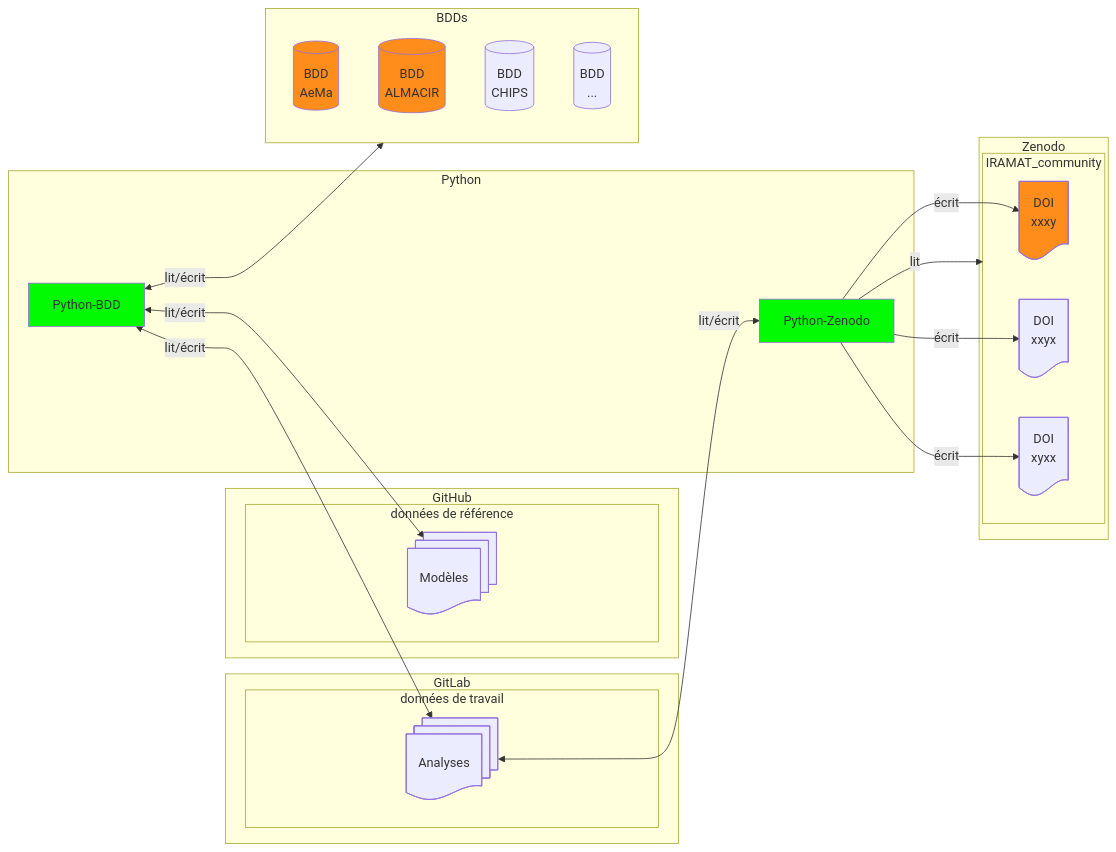
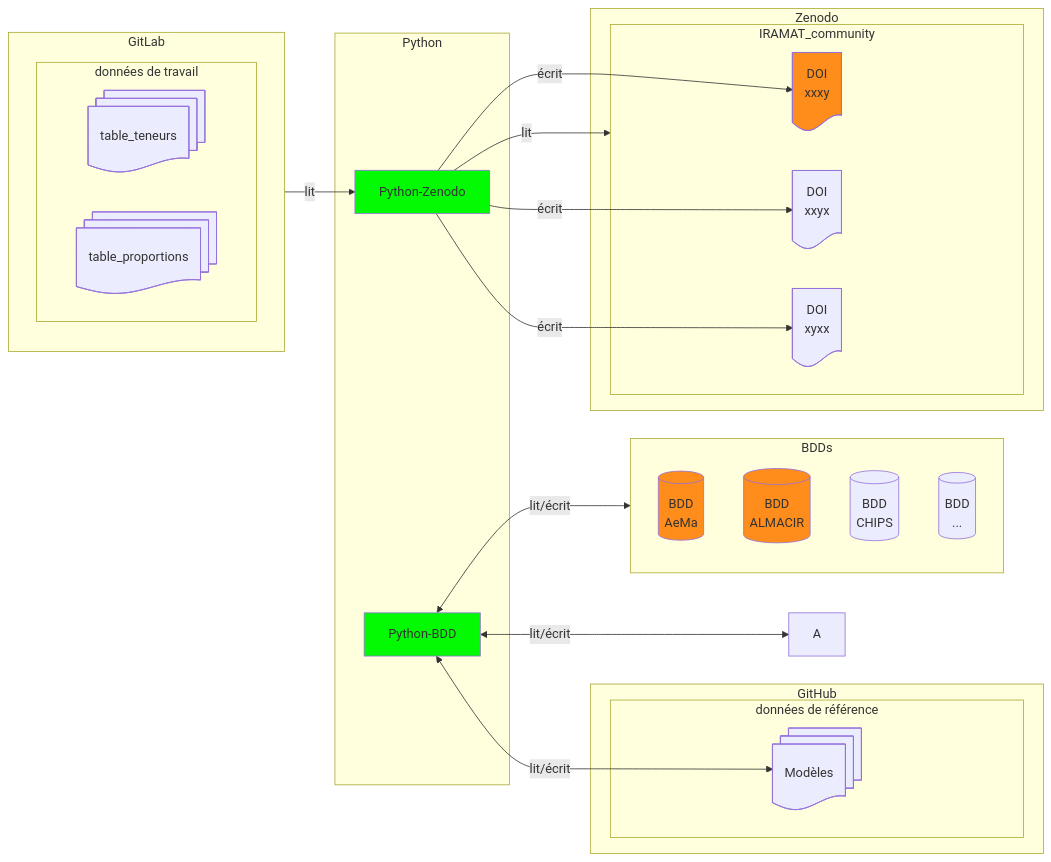
The second of 2 diagrams in dbs/README.md (iramat/iramat-dev), drawn with Mermaid before and after one commit. The commit also changed other lines of this file, not shown here.

````diff
--- a/dbs/README.md
+++ b/dbs/README.md
@@ -102,43 +99,44 @@
 ```mermaid
 flowchart LR
     subgraph GitLab
         subgraph données de travail
-            A@{ shape: docs, label: "Analyses" }
+            T1@{ shape: docs, label: "table_teneurs" }
+            T2@{ shape: docs, label: "table_proportions" }
         end
     end
     subgraph GitHub
         subgraph données de référence
             W@{ shape: docs, label: "Modèles" }
         end
     end
     subgraph Python
         Z@{ procs: docs, label: "Python-BDD" }
         ZZ@{ procs: docs, label: "Python-Zenodo" }
     end
     subgraph BDDs
         B[(BDD<br>AeMa)]
         H[(BDD<br>ALMACIR)]
         C[(BDD<br>CHIPS)]
         D[(BDD<br>...)]
     end
     Z <-- lit/écrit --> A;
     Z <-- lit/écrit --> W;
-    A <-- lit/écrit --> ZZ;
+    GitLab -- lit --> ZZ;
     subgraph Zenodo
         subgraph IRAMAT_community
             ZZ -- écrit --> E@{ shape: doc, label: "DOI<br>xxxy" }
             ZZ -- écrit --> F@{ shape: doc, label: "DOI<br>xxyx" }
             ZZ -- écrit --> G@{ shape: doc, label: "DOI<br>xyxx" }
         end
     end
     Z <-- lit/écrit --> BDDs;
     ZZ -- lit --> IRAMAT_community
 
 
-click A "https://github.com/zoometh/iramat-test/blob/main/dbs/analysis_results.tsv" _blank
+click T1 "https://github.com/zoometh/iramat-test/blob/main/dbs/analysis_results.tsv" _blank
 style Z fill:#02fa02
 style ZZ fill:#02fa02
 style B fill:#FF8D1B
 style H fill:#FF8D1B
 style E fill:#FF8D1B
 ```
````
